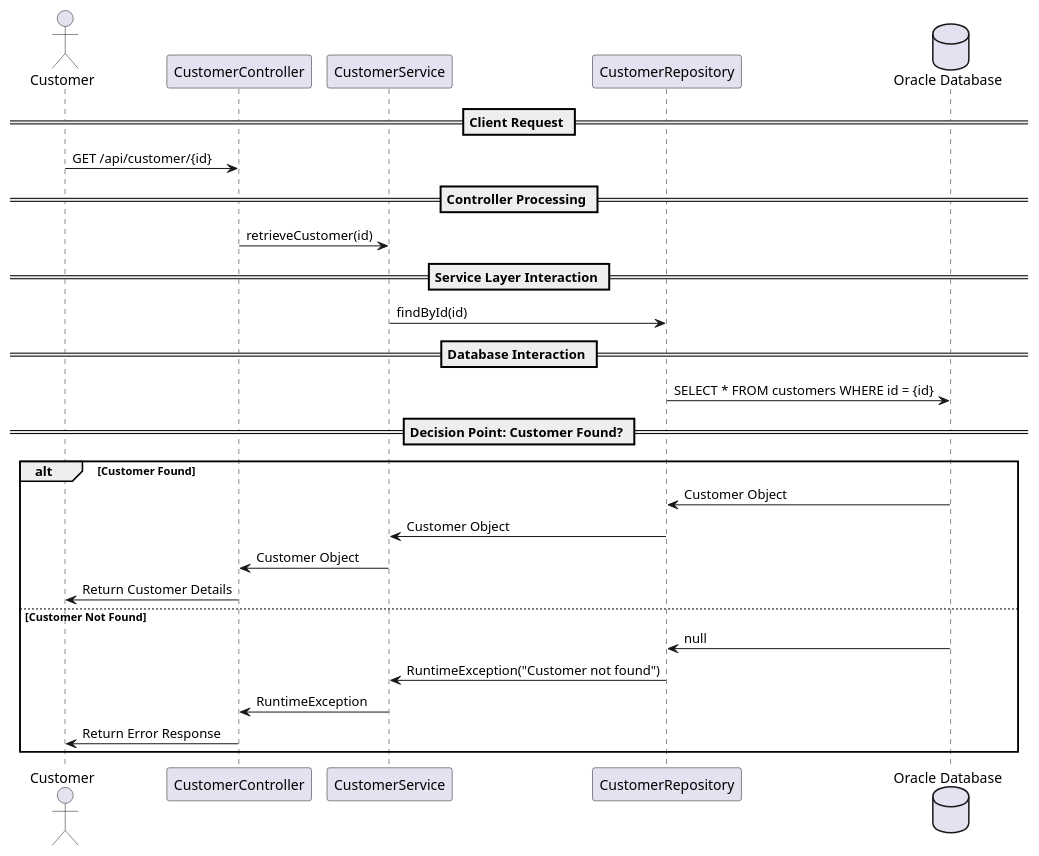
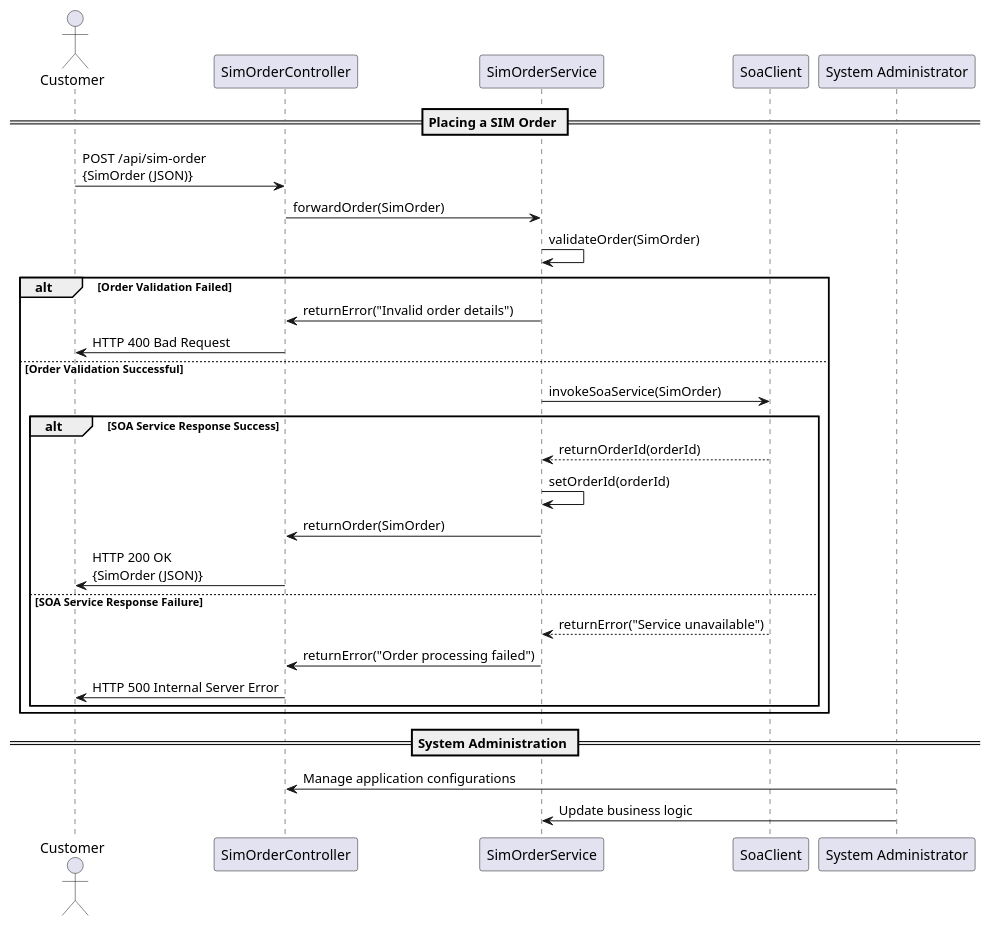
Before and after one commit to Bhaskar-Pavan/ThreeIreland_48: the diagram in design_document/ThreeIreland_48.md, drawn with PlantUML. The commit also changed other lines of this file, not shown here.

````diff
--- a/design_document/ThreeIreland_48.md
+++ b/design_document/ThreeIreland_48.md
@@ -28,35 +29,34 @@
 ```plantuml
 @startuml
 actor Customer
-participant "CustomerController" as Controller
-participant "CustomerService" as Service
-participant "CustomerRepository" as Repository
-database "Oracle Database" as DB
+participant "SimOrderController" as Controller
+participant "SimOrderService" as Service
+participant "SoaClient" as Client
+participant "System Administrator" as Admin
 
-== Client Request ==
-Customer -> Controller: GET /api/customer/{id}
-
-== Controller Processing ==
-Controller -> Service: retrieveCustomer(id)
-
-== Service Layer Interaction ==
-Service -> Repository: findById(id)
-
-== Database Interaction ==
-Repository -> DB: SELECT * FROM customers WHERE id = {id}
-
-== Decision Point: Customer Found? ==
-alt Customer Found
-    DB -> Repository: Customer Object
-    Repository -> Service: Customer Object
-    Service -> Controller: Customer Object
-    Controller -> Customer: Return Customer Details
-else Customer Not Found
-    DB -> Repository: null
-    Repository -> Service: RuntimeException("Customer not found")
-    Service -> Controller: RuntimeException
-    Controller -> Customer: Return Error Response
+== Placing a SIM Order ==
+Customer -> Controller: POST /api/sim-order\n{SimOrder (JSON)}
+Controller -> Service: forwardOrder(SimOrder)
+Service -> Service: validateOrder(SimOrder)
+alt Order Validation Failed
+    Service -> Controller: returnError("Invalid order details")
+    Controller -> Customer: HTTP 400 Bad Request
+else Order Validation Successful
+    Service -> Client: invokeSoaService(SimOrder)
+    alt SOA Service Response Success
+        Client --> Service: returnOrderId(orderId)
+        Service -> Service: setOrderId(orderId)
+        Service -> Controller: returnOrder(SimOrder)
+        Controller -> Customer: HTTP 200 OK\n{SimOrder (JSON)}
+    else SOA Service Response Failure
+        Client --> Service: returnError("Service unavailable")
+        Service -> Controller: returnError("Order processing failed")
+        Controller -> Customer: HTTP 500 Internal Server Error
+    end
 end
 
+== System Administration ==
+Admin -> Controller: Manage application configurations
+Admin -> Service: Update business logic
 @enduml
 ```
````
